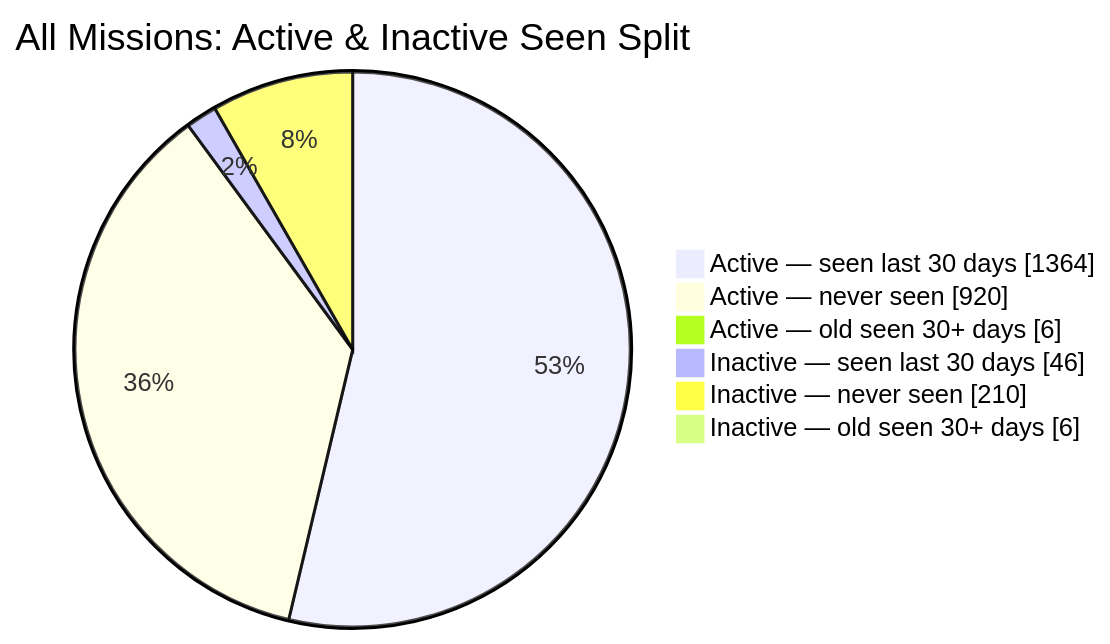
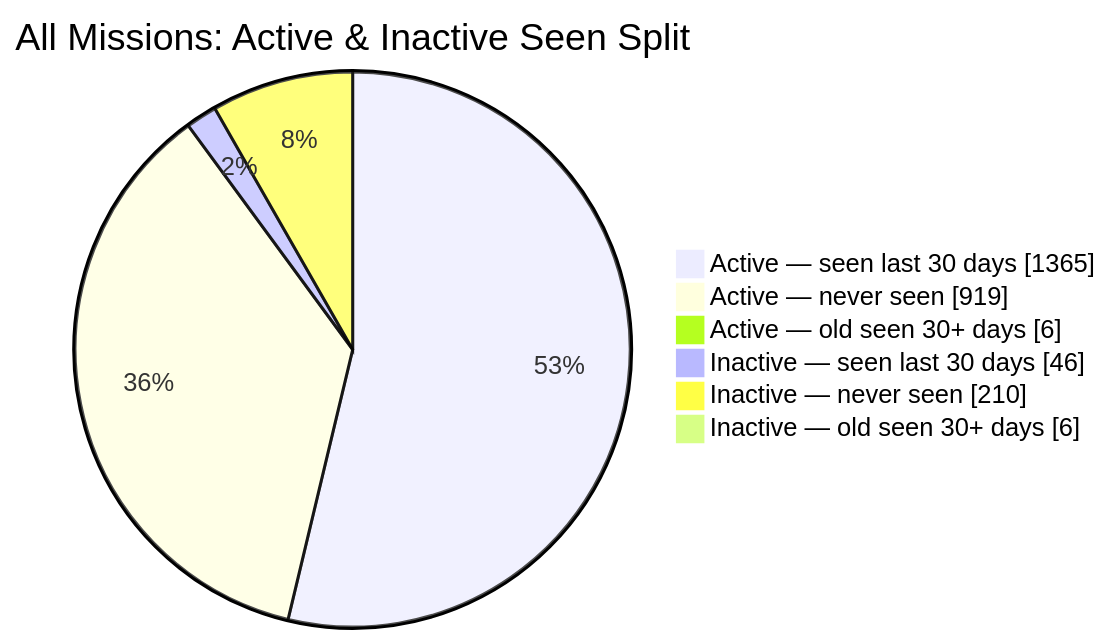
One commit to MeldkamerspelGameTeam/active-missions changed the second of 2 diagrams in README.md. Above: the diagram before and after it, drawn with Mermaid. The commit also changed other lines of this file and 2 other files, not shown here.

````diff
--- a/README.md
+++ b/README.md
@@ -44,10 +44,10 @@
 ```mermaid
 pie showData
     title All Missions: Active & Inactive Seen Split
-    "Active — seen last 30 days" : 1364
-    "Active — never seen" : 920
+    "Active — seen last 30 days" : 1365
+    "Active — never seen" : 919
     "Active — old seen 30+ days" : 6
     "Inactive — seen last 30 days" : 46
     "Inactive — never seen" : 210
     "Inactive — old seen 30+ days" : 6
 ```
````
